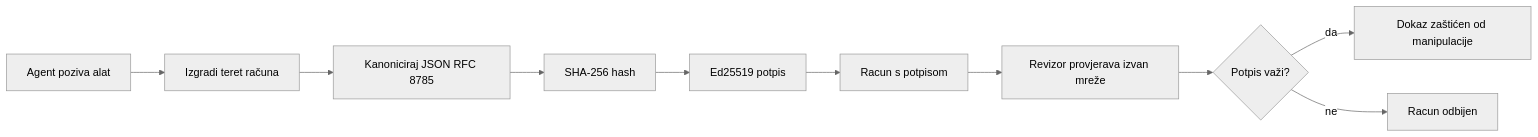
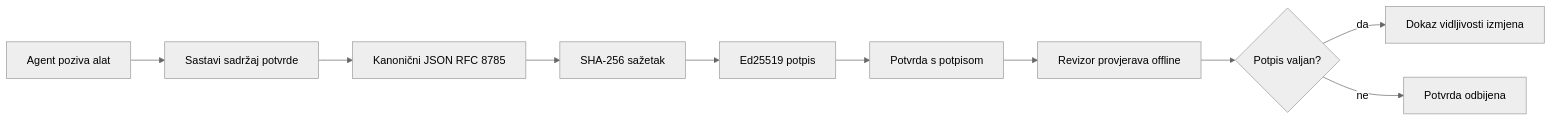
The first of 2 diagrams in mirrors/repos/microsoft@ai-agents-for-beginners/translations/hr/18-securing-ai-agents/README.md (gabrielmoreira/agent-skills-mirror), drawn with Mermaid (neutral theme) before and after one commit. The commit also changed other lines of this file and 2285 other files, not shown here.

````diff
--- a/mirrors/repos/microsoft@ai-agents-for-beginners/translations/hr/18-securing-ai-agents/README.md
+++ b/mirrors/repos/microsoft@ai-agents-for-beginners/translations/hr/18-securing-ai-agents/README.md
@@ -51,12 +51,12 @@
 ```mermaid
 flowchart LR
-    A[Agent poziva alat] --> B[Izgradi teret računa]
-    B --> C[Kanoniciraj JSON RFC 8785]
-    C --> D[SHA-256 hash]
+    A[Agent poziva alat] --> B[Sastavi sadržaj potvrde]
+    B --> C[Kanonični JSON RFC 8785]
+    C --> D[SHA-256 sažetak]
     D --> E[Ed25519 potpis]
-    E --> F[Racun s potpisom]
-    F --> G[Revizor provjerava izvan mreže]
-    G --> H{Potpis važi?}
-    H -- da --> I[Dokaz zaštićen od manipulacije]
-    H -- ne --> J[Racun odbijen]
+    E --> F[Potvrda s potpisom]
+    F --> G[Revizor provjerava offline]
+    G --> H{Potpis valjan?}
+    H -- da --> I[Dokaz vidljivosti izmjena]
+    H -- ne --> J[Potvrda odbijena]
 ```
````
